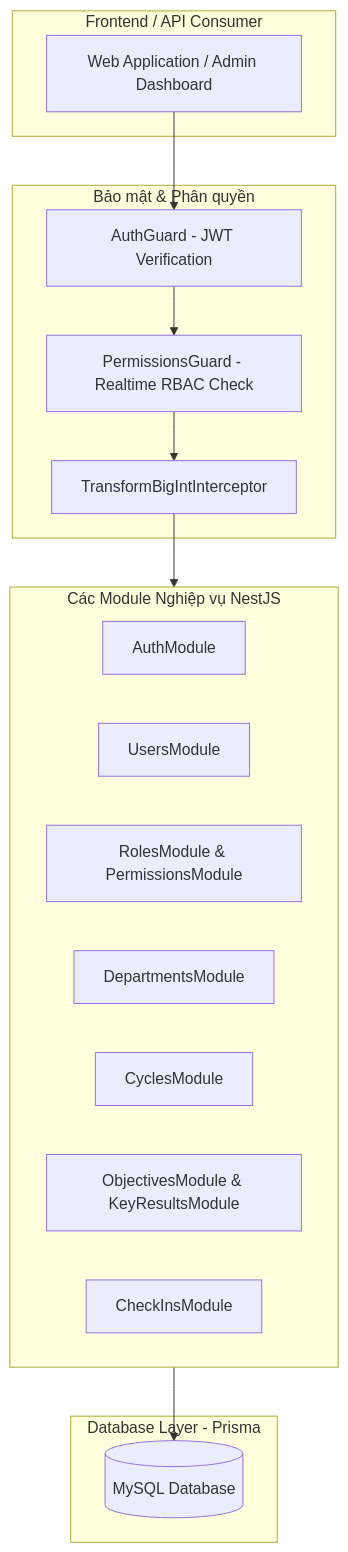
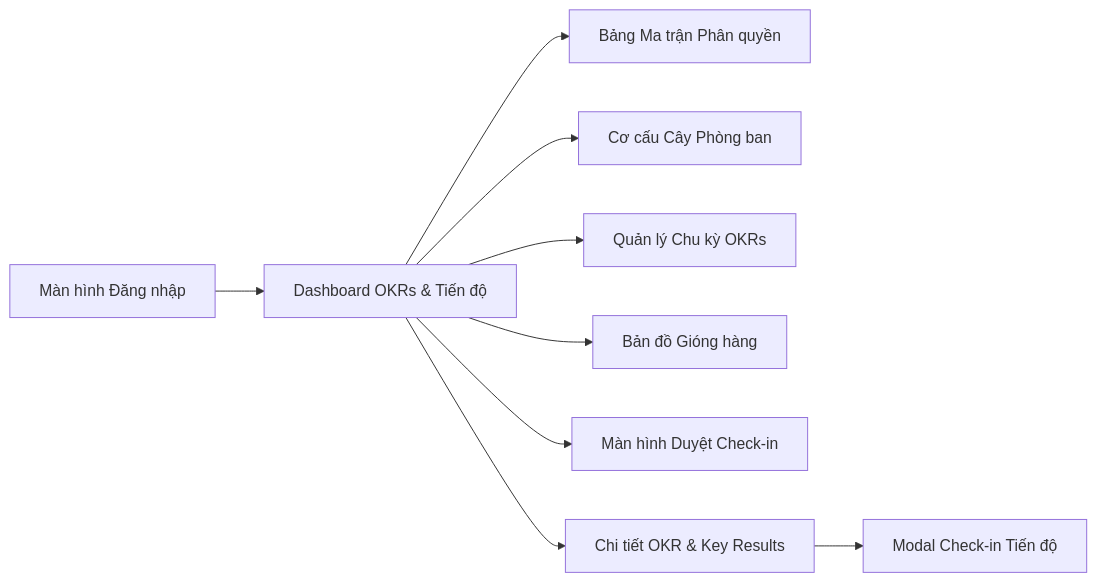
One commit to Nguyntanh/okr_be changed the diagram in README.md. Above: the diagram before and after it, drawn with Mermaid. The commit also changed other lines of this file and 2 other files, not shown here.

````diff
--- a/README.md
+++ b/README.md
@@ -63,30 +162,11 @@
 ```mermaid
-flowchart TD
-    subgraph Client [Frontend / API Consumer]
-        App[Web Application / Admin Dashboard]
-    end
-
-    subgraph Guards [Bảo mật & Phân quyền]
-        AuthGuard[AuthGuard - JWT Verification]
-        PermGuard[PermissionsGuard - Realtime RBAC Check]
-        BigIntInterceptor[TransformBigIntInterceptor]
-    end
-
-    subgraph Modules [Các Module Nghiệp vụ NestJS]
-        AuthMod[AuthModule]
-        UsersMod[UsersModule]
-        RolesMod[RolesModule & PermissionsModule]
-        DeptMod[DepartmentsModule]
-        CyclesMod[CyclesModule]
-        ObjMod[ObjectivesModule & KeyResultsModule]
-        CheckInMod[CheckInsModule]
-    end
-
-    subgraph DB [Database Layer - Prisma]
-        MySQL[(MySQL Database)]
-    end
-
-    App --> AuthGuard --> PermGuard --> BigIntInterceptor
-    BigIntInterceptor --> Modules
-    Modules --> MySQL
+flowchart LR
+    A[Màn hình Đăng nhập] --> B[Dashboard OKRs & Tiến độ]
+    B --> C[Bảng Ma trận Phân quyền]
+    B --> D[Cơ cấu Cây Phòng ban]
+    B --> E[Quản lý Chu kỳ OKRs]
+    B --> F[Bản đồ Gióng hàng]
+    B --> G[Màn hình Duyệt Check-in]
+    B --> H[Chi tiết OKR & Key Results]
+    H --> I[Modal Check-in Tiến độ]
 ```
````
